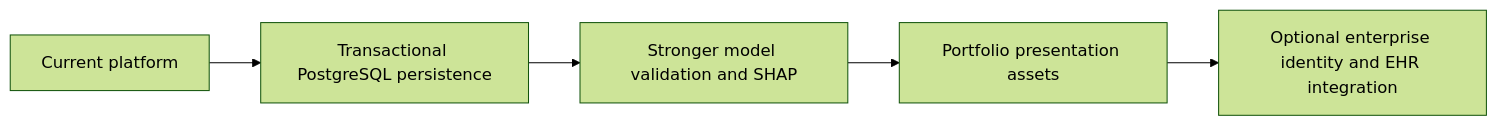
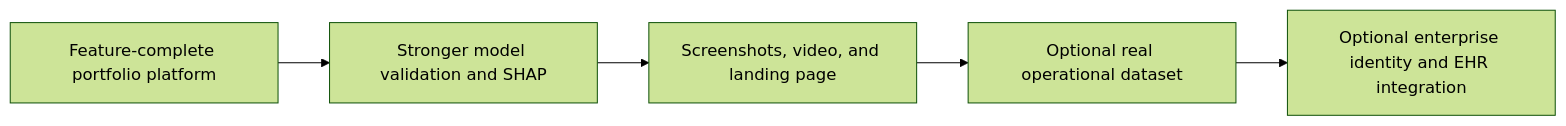
The ninth of 9 diagrams in README.md (draculess99/BedFlow_AI), drawn with Mermaid (forest theme) before and after one commit. The commit also changed other lines of this file and 35 other files, not shown here.

````diff
--- a/README.md
+++ b/README.md
@@ -848,7 +946,7 @@
 ```mermaid
 flowchart LR
-    NOW["Current platform"] --> DB["Transactional PostgreSQL persistence"]
-    DB --> VALID["Stronger model validation and SHAP"]
-    VALID --> PRESENT["Portfolio presentation assets"]
-    PRESENT --> ENTERPRISE["Optional enterprise identity and EHR integration"]
+    NOW["Feature-complete portfolio platform"] --> VALID["Stronger model validation and SHAP"]
+    VALID --> PRESENT["Screenshots, video, and landing page"]
+    PRESENT --> DATA["Optional real operational dataset"]
+    DATA --> ENTERPRISE["Optional enterprise identity and EHR integration"]
 ```
````
